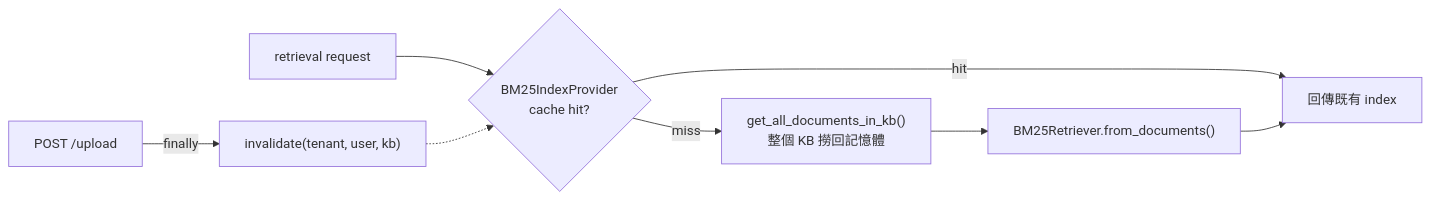
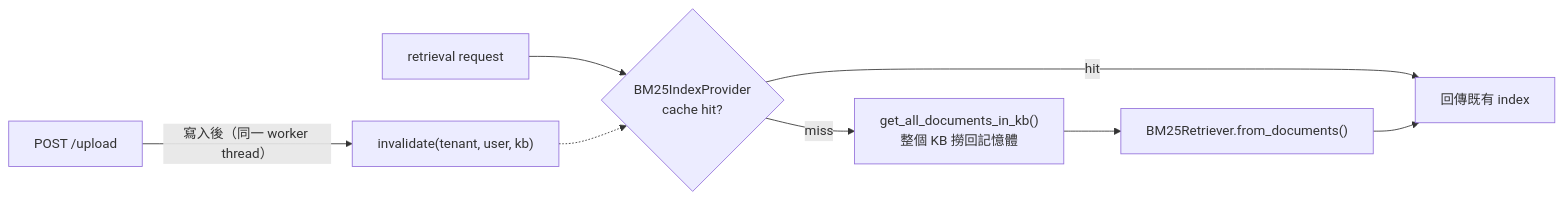
The fifth of 5 diagrams in docs/vectorstore/vectorstore-collection-partitioning-20261009.md (jltz1207/LoginFastapi), drawn with Mermaid before and after one commit. The commit also changed other lines of this file and 4 other files, not shown here.

````diff
--- a/docs/vectorstore/vectorstore-collection-partitioning-20261009.md
+++ b/docs/vectorstore/vectorstore-collection-partitioning-20261009.md
@@ -153,7 +153,7 @@
 ```mermaid
 flowchart LR
     R["retrieval request"] --> P{"BM25IndexProvider<br/>cache hit?"}
     P -->|hit| I["回傳既有 index"]
     P -->|miss| L["get_all_documents_in_kb()<br/>整個 KB 撈回記憶體"] --> BLD["BM25Retriever.from_documents()"] --> I
-    UP["POST /upload"] -->|finally| INV["invalidate(tenant, user, kb)"] -.-> P
+    UP["POST /upload"] -->|"寫入後（同一 worker thread）"| INV["invalidate(tenant, user, kb)"] -.-> P
 ```
````
